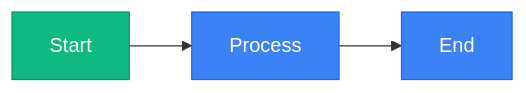
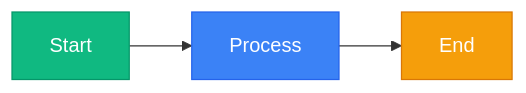
One commit to marcusquinn/aidevops changed the third of 8 diagrams in .agents/tools/diagrams/mermaid-diagrams-skill/advanced.md. Above: the diagram before and after it, drawn with Mermaid. The commit also changed other lines of this file, not shown here.

First line of the commit message:
docs(diagrams): tighten mermaid advanced.md, 188→178 lines (#12898)

````diff
--- a/.agents/tools/diagrams/mermaid-diagrams-skill/advanced.md
+++ b/.agents/tools/diagrams/mermaid-diagrams-skill/advanced.md
@@ -76,11 +70,9 @@
 ```mermaid
 flowchart LR
     A[Start]:::success --> B[Process]:::info --> C[End]:::warning
-    class A,D success
-    class B,C info
 
     classDef success fill:#10b981,stroke:#059669,color:white
     classDef info fill:#3b82f6,stroke:#2563eb,color:white
     classDef warning fill:#f59e0b,stroke:#d97706,color:white
     classDef default fill:#f8fafc,stroke:#cbd5e1
 ```
````
